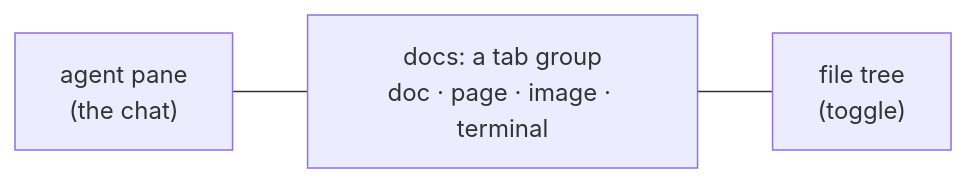
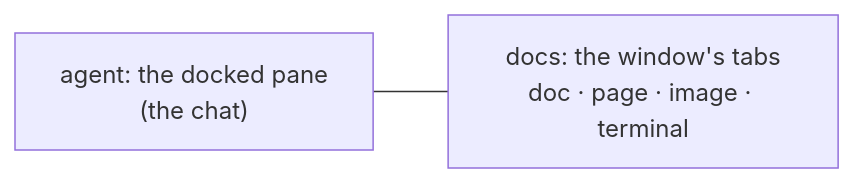
One commit to jemdiggity/kanna-v4 changed the second of 3 diagrams in docs/specs/desk.md. Above: the diagram before and after it, drawn with Mermaid. The commit also changed other lines of this file and 7 other files, not shown here.

Commit message:
Desk: agent docked beside the window's tabs (new docked pane spec replaces tab groups); no path bar, file tree or New Task; agent status is its own spec

````diff
--- a/docs/specs/desk.md
+++ b/docs/specs/desk.md
@@ -42,4 +41,4 @@
 ```mermaid
 flowchart LR
-    A["agent pane<br/>(the chat)"] --- D["docs: a tab group<br/>doc · page · image · terminal"] --- F["file tree<br/>(toggle)"]
+    A["agent: the docked pane<br/>(the chat)"] --- D["docs: the window's tabs<br/>doc · page · image · terminal"]
 ```
````
